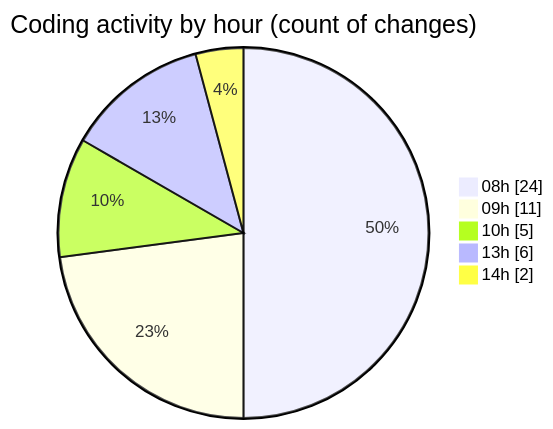
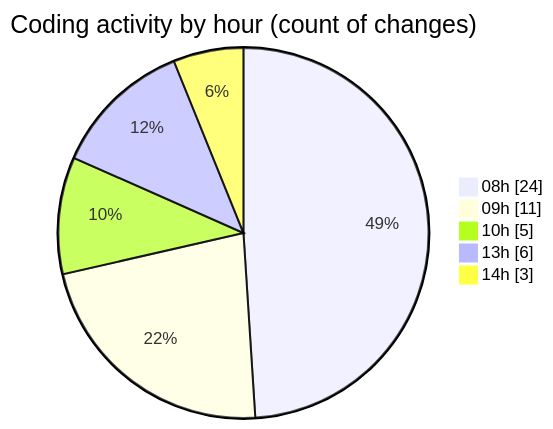
Before and after one commit to Elitesun/code-tracking: the second of 2 diagrams in 2025-05-12/niten/README.md, drawn with Mermaid. The commit also changed other lines of this file and 1 other file, not shown here.

````diff
--- a/2025-05-12/niten/README.md
+++ b/2025-05-12/niten/README.md
@@ -52,9 +52,9 @@
 ```mermaid
 pie showData
 title Coding activity by hour (count of changes)
 "08h" : 24
 "09h" : 11
 "10h" : 5
 "13h" : 6
-"14h" : 2
+"14h" : 3
 ```
````
